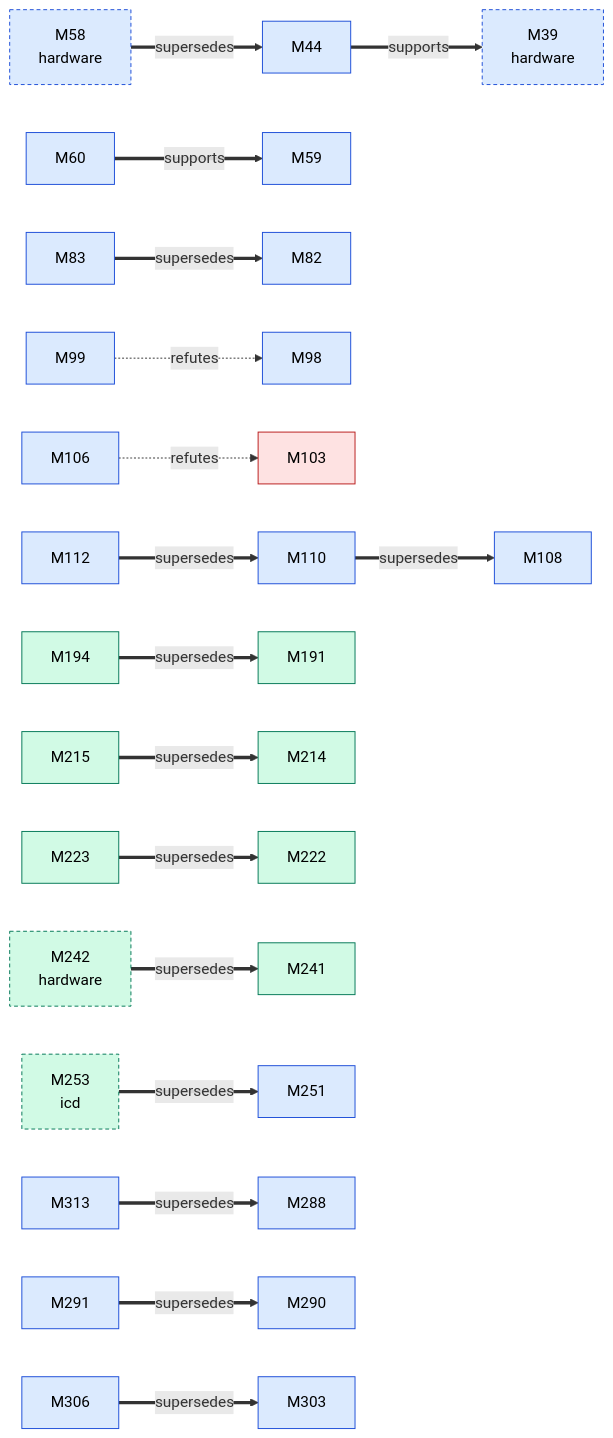
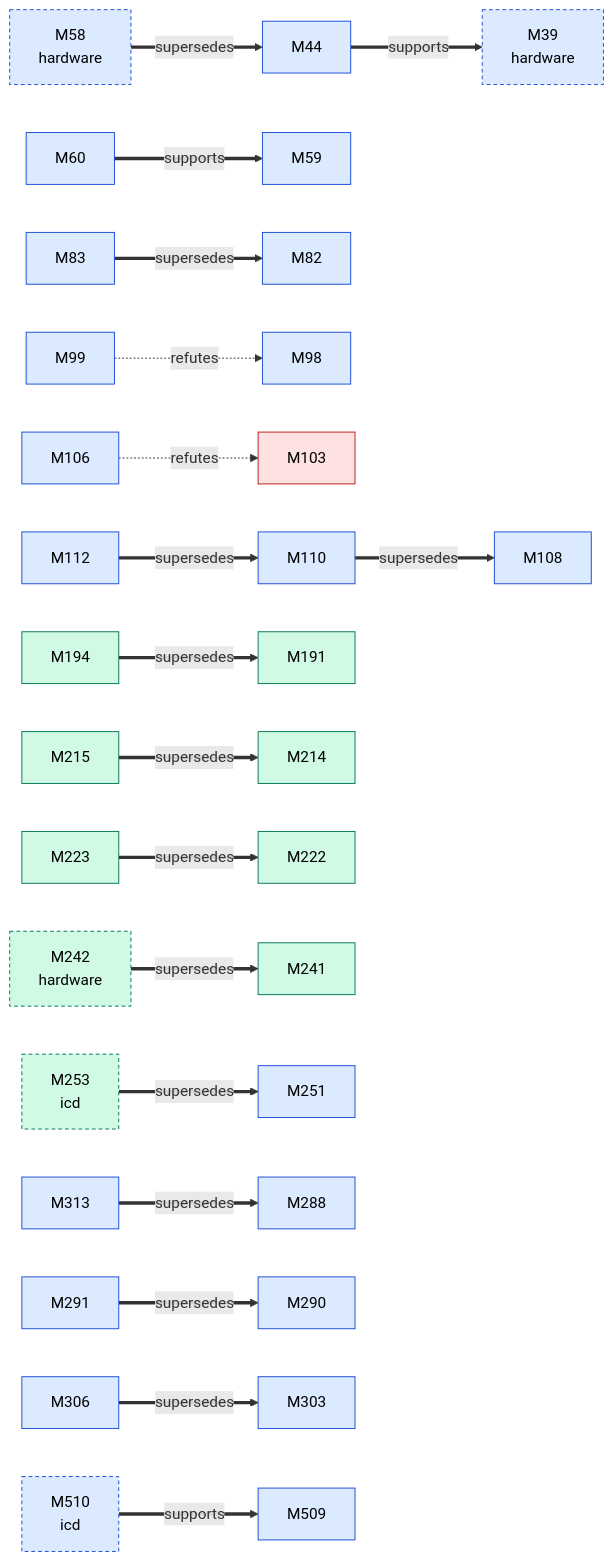
One commit to D-Ogi/amdgpu-wddm changed the first of 3 diagrams in docs/facts/graphs/kmd.md. Above: the diagram before and after it, drawn with Mermaid. The commit also changed other lines of this file and 5 other files, not shown here.

````diff
--- a/docs/facts/graphs/kmd.md
+++ b/docs/facts/graphs/kmd.md
@@ -11,55 +11,58 @@
 ```mermaid
 flowchart LR
   M39["M39<br/>hardware"]:::MEASURED
   M44["M44"]:::MEASURED
   M58["M58<br/>hardware"]:::MEASURED
   M59["M59"]:::MEASURED
   M60["M60"]:::MEASURED
   M82["M82"]:::MEASURED
   M83["M83"]:::MEASURED
   M98["M98"]:::MEASURED
   M99["M99"]:::MEASURED
   M103["M103"]:::REFUTED
   M106["M106"]:::MEASURED
   M108["M108"]:::MEASURED
   M110["M110"]:::MEASURED
   M112["M112"]:::MEASURED
   M191["M191"]:::CONFIRMED
   M194["M194"]:::CONFIRMED
   M214["M214"]:::CONFIRMED
   M215["M215"]:::CONFIRMED
   M222["M222"]:::CONFIRMED
   M223["M223"]:::CONFIRMED
   M241["M241"]:::CONFIRMED
   M242["M242<br/>hardware"]:::CONFIRMED
   M251["M251"]:::MEASURED
   M253["M253<br/>icd"]:::CONFIRMED
   M288["M288"]:::MEASURED
   M290["M290"]:::MEASURED
   M291["M291"]:::MEASURED
   M303["M303"]:::MEASURED
   M306["M306"]:::MEASURED
   M313["M313"]:::MEASURED
+  M509["M509"]:::MEASURED
+  M510["M510<br/>icd"]:::MEASURED
   M58 ==>|supersedes| M44
   M242 ==>|supersedes| M241
   M44 ==>|supports| M39
   M60 ==>|supports| M59
   M83 ==>|supersedes| M82
   M99 -.->|refutes| M98
   M106 -.->|refutes| M103
   M110 ==>|supersedes| M108
   M112 ==>|supersedes| M110
   M194 ==>|supersedes| M191
   M215 ==>|supersedes| M214
   M223 ==>|supersedes| M222
   M291 ==>|supersedes| M290
   M306 ==>|supersedes| M303
   M313 ==>|supersedes| M288
   M253 ==>|supersedes| M251
+  M510 ==>|supports| M509
   classDef HYPOTHESIS fill:#fff3c4,stroke:#9a7b00,color:#000
   classDef MEASURED fill:#dbeafe,stroke:#1d4ed8,color:#000
   classDef CONFIRMED fill:#d1fae5,stroke:#047857,color:#000
   classDef REFUTED fill:#fee2e2,stroke:#b91c1c,color:#000
   classDef other stroke-dasharray:4 3
-  class M39,M58,M242,M253 other
+  class M39,M58,M242,M253,M510 other
 ```
````
